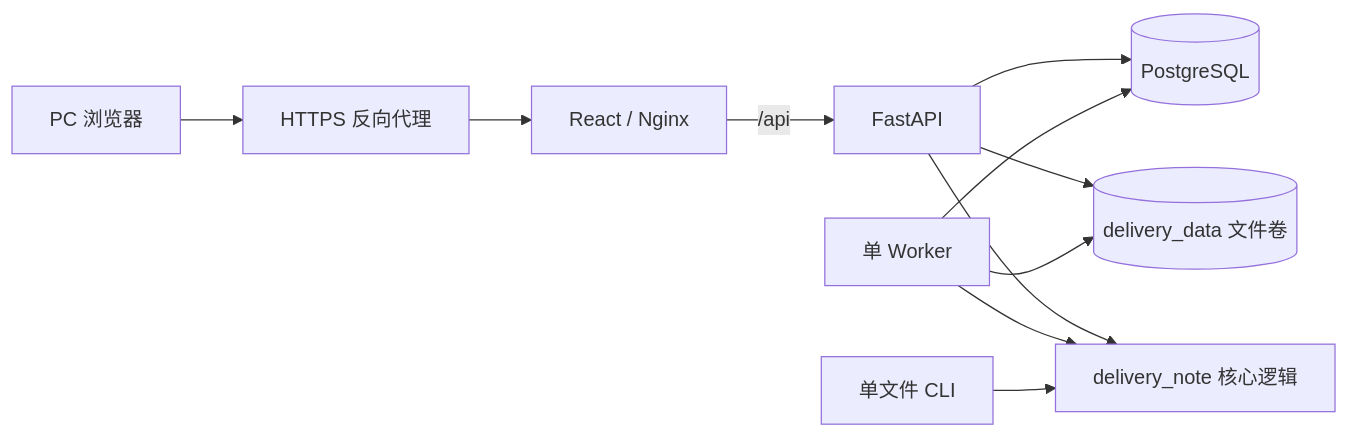
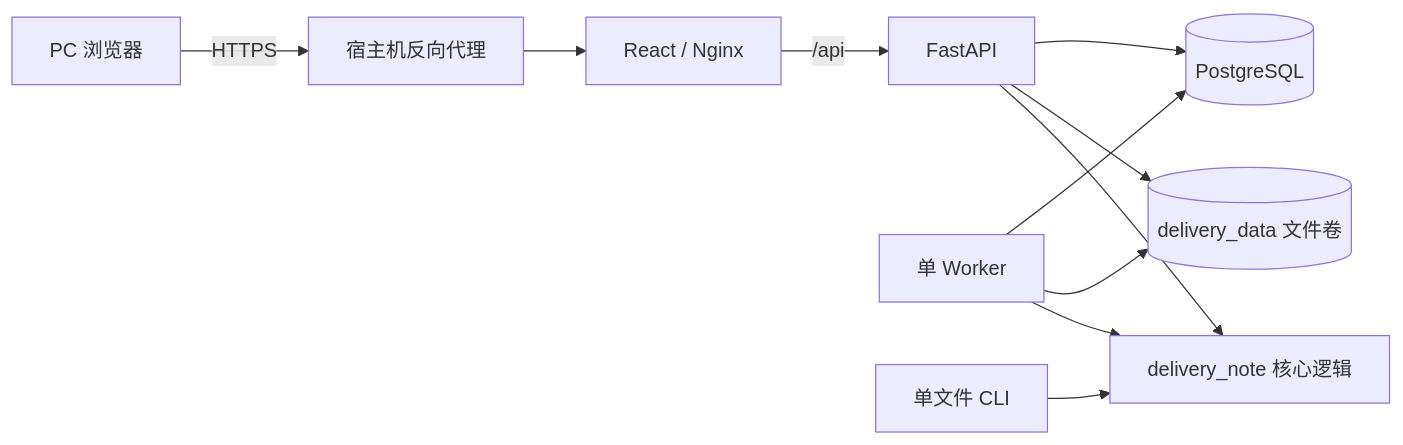
One commit to songtu2025/deliverynote changed the diagram in README.md. Above: the diagram before and after it, drawn with Mermaid. The commit also changed other lines of this file and 23 other files, not shown here.

````diff
--- a/README.md
+++ b/README.md
@@ -160,13 +97,13 @@
 ```mermaid
 flowchart LR
-    U[PC 浏览器] --> P[HTTPS 反向代理]
+    U[PC 浏览器] -->|HTTPS| P[宿主机反向代理]
     P --> W[React / Nginx]
     W -->|/api| A[FastAPI]
     A --> D[(PostgreSQL)]
     A --> F[(delivery_data 文件卷)]
     Q[单 Worker] --> D
     Q --> F
-    A --> C[delivery_note 核心逻辑]
-    Q --> C
-    L[单文件 CLI] --> C
+    C[单文件 CLI] --> K[delivery_note 核心逻辑]
+    A --> K
+    Q --> K
 ```
````
